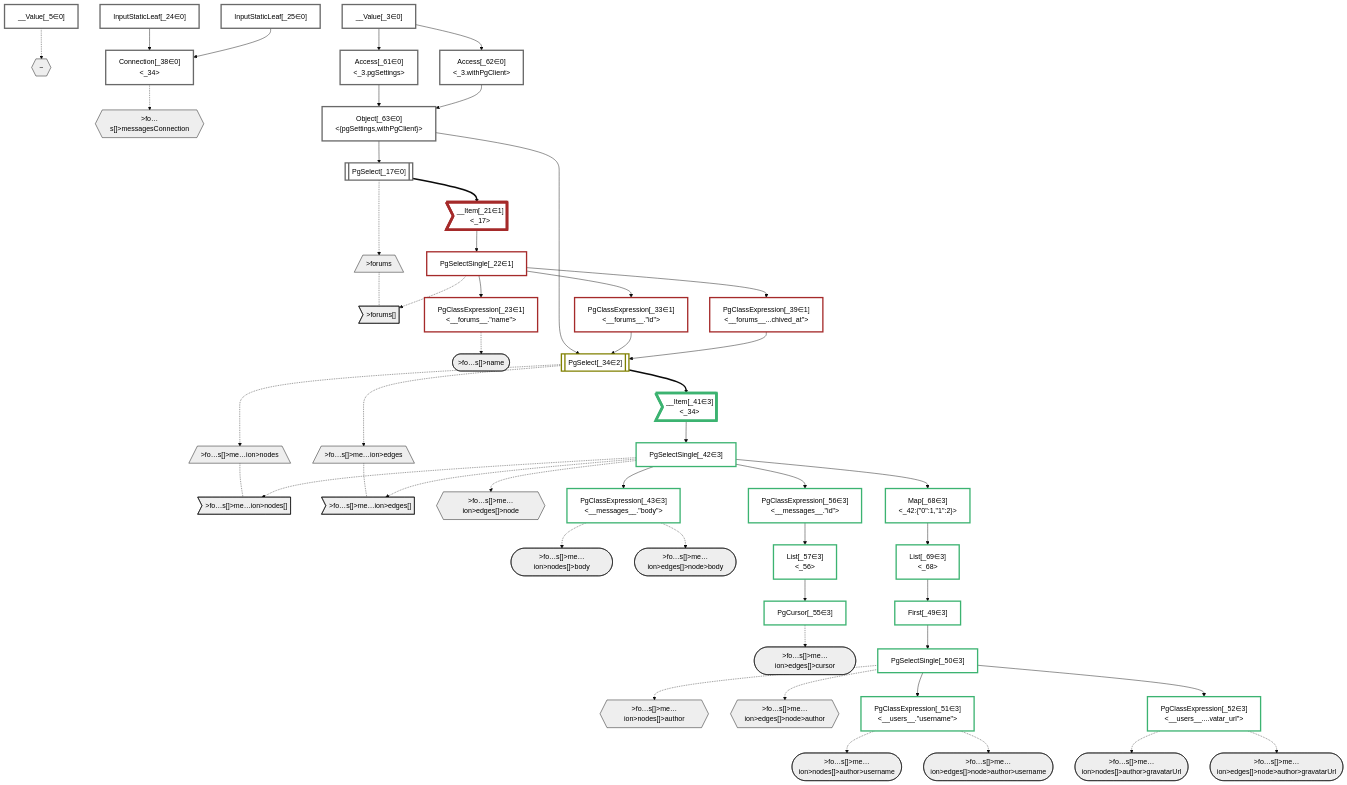
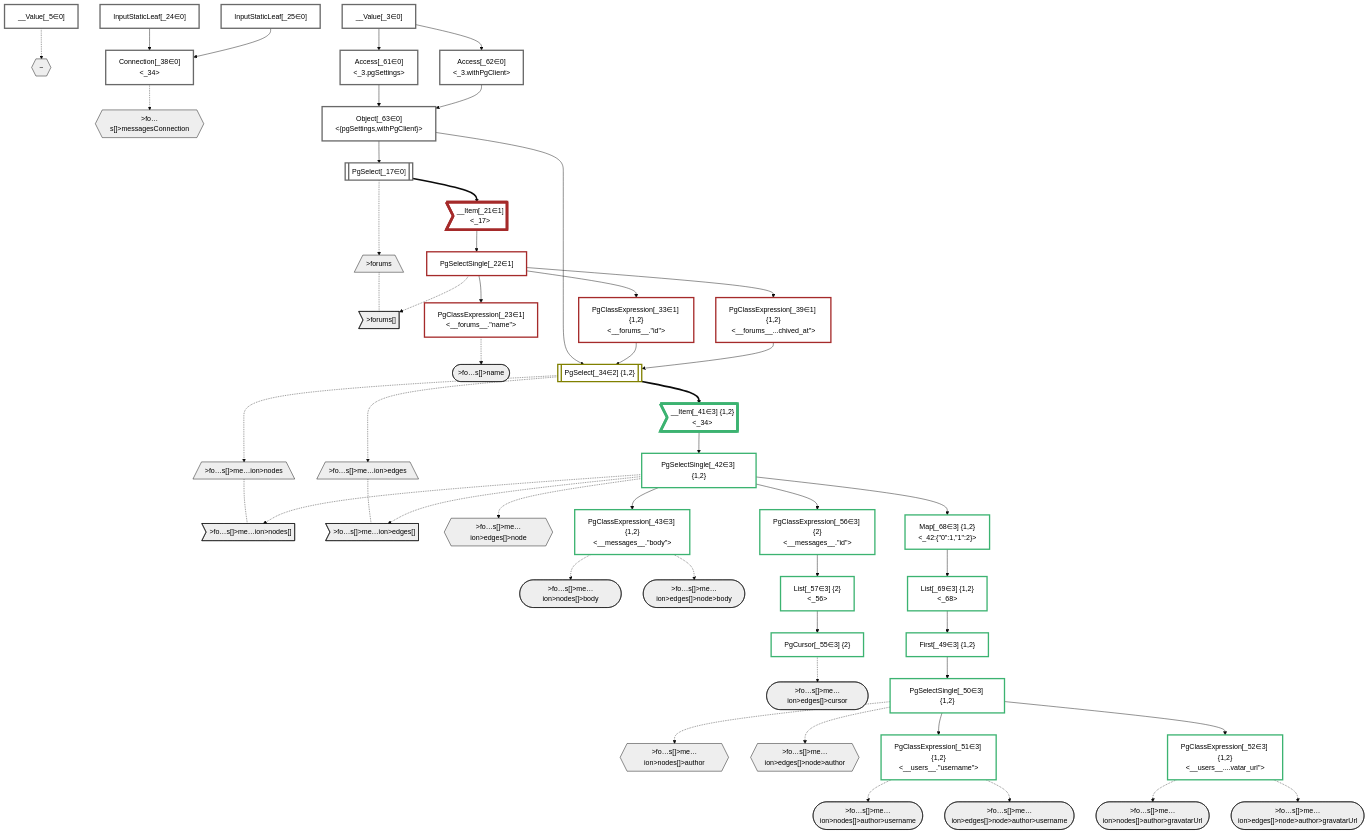
Before and after one commit to graphile/crystal: the diagram in packages/dataplan-pg/__tests__/queries/conditions/archived-forum-inherited-messages.defer-3.mermaid.md, drawn with Mermaid (base theme). The commit also changed 46 other files, not shown here.

Commit message:
Add groupIds to plan graphs

```diff
--- a/packages/dataplan-pg/__tests__/queries/conditions/archived-forum-inherited-messages.defer-3.mermaid.md
+++ b/packages/dataplan-pg/__tests__/queries/conditions/archived-forum-inherited-messages.defer-3.mermaid.md
@@ -54,25 +54,25 @@
     PgClassExpression_23["PgClassExpression[_23∈1]<br /><__forums__.#quot;name#quot;>"]:::plan
     InputStaticLeaf_24["InputStaticLeaf[_24∈0]"]:::plan
     InputStaticLeaf_25["InputStaticLeaf[_25∈0]"]:::plan
-    PgClassExpression_33["PgClassExpression[_33∈1]<br /><__forums__.#quot;id#quot;>"]:::plan
-    PgSelect_34[["PgSelect[_34∈2]<br /><messages>"]]:::plan
+    PgClassExpression_33["PgClassExpression[_33∈1] {1,2}<br /><__forums__.#quot;id#quot;>"]:::plan
+    PgSelect_34[["PgSelect[_34∈2] {1,2}<br /><messages>"]]:::plan
     Connection_38["Connection[_38∈0]<br /><_34>"]:::plan
-    PgClassExpression_39["PgClassExpression[_39∈1]<br /><__forums__...chived_at#quot;>"]:::plan
-    __Item_41>"__Item[_41∈3]<br /><_34>"]:::itemplan
-    PgSelectSingle_42["PgSelectSingle[_42∈3]<br /><messages>"]:::plan
-    PgClassExpression_43["PgClassExpression[_43∈3]<br /><__messages__.#quot;body#quot;>"]:::plan
-    First_49["First[_49∈3]"]:::plan
-    PgSelectSingle_50["PgSelectSingle[_50∈3]<br /><users>"]:::plan
-    PgClassExpression_51["PgClassExpression[_51∈3]<br /><__users__.#quot;username#quot;>"]:::plan
-    PgClassExpression_52["PgClassExpression[_52∈3]<br /><__users__....vatar_url#quot;>"]:::plan
-    PgCursor_55["PgCursor[_55∈3]"]:::plan
-    PgClassExpression_56["PgClassExpression[_56∈3]<br /><__messages__.#quot;id#quot;>"]:::plan
-    List_57["List[_57∈3]<br /><_56>"]:::plan
+    PgClassExpression_39["PgClassExpression[_39∈1] {1,2}<br /><__forums__...chived_at#quot;>"]:::plan
+    __Item_41>"__Item[_41∈3] {1,2}<br /><_34>"]:::itemplan
+    PgSelectSingle_42["PgSelectSingle[_42∈3] {1,2}<br /><messages>"]:::plan
+    PgClassExpression_43["PgClassExpression[_43∈3] {1,2}<br /><__messages__.#quot;body#quot;>"]:::plan
+    First_49["First[_49∈3] {1,2}"]:::plan
+    PgSelectSingle_50["PgSelectSingle[_50∈3] {1,2}<br /><users>"]:::plan
+    PgClassExpression_51["PgClassExpression[_51∈3] {1,2}<br /><__users__.#quot;username#quot;>"]:::plan
+    PgClassExpression_52["PgClassExpression[_52∈3] {1,2}<br /><__users__....vatar_url#quot;>"]:::plan
+    PgCursor_55["PgCursor[_55∈3] {2}"]:::plan
+    PgClassExpression_56["PgClassExpression[_56∈3] {2}<br /><__messages__.#quot;id#quot;>"]:::plan
+    List_57["List[_57∈3] {2}<br /><_56>"]:::plan
     Access_61["Access[_61∈0]<br /><_3.pgSettings>"]:::plan
     Access_62["Access[_62∈0]<br /><_3.withPgClient>"]:::plan
     Object_63["Object[_63∈0]<br /><{pgSettings,withPgClient}>"]:::plan
-    Map_68["Map[_68∈3]<br /><_42:{#quot;0#quot;:1,#quot;1#quot;:2}>"]:::plan
-    List_69["List[_69∈3]<br /><_68>"]:::plan
+    Map_68["Map[_68∈3] {1,2}<br /><_42:{#quot;0#quot;:1,#quot;1#quot;:2}>"]:::plan
+    List_69["List[_69∈3] {1,2}<br /><_68>"]:::plan
 
     %% plan dependencies
     Object_63 --> PgSelect_17
```
